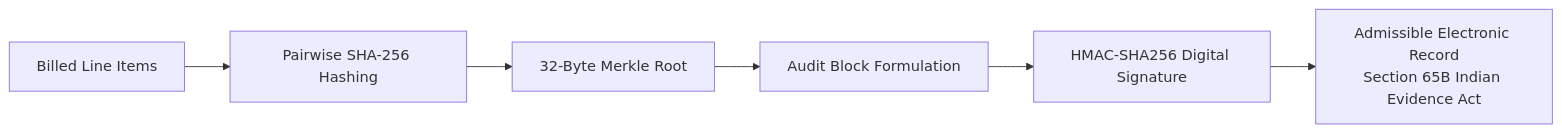
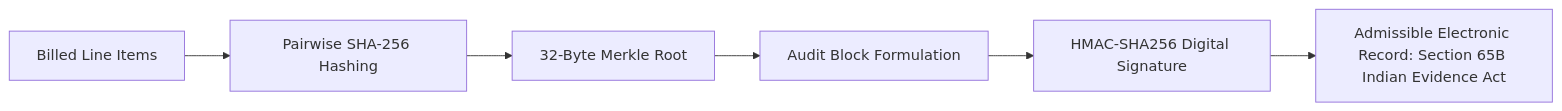
The third of 3 diagrams in docs/STATUTORY_FRAMEWORK.md (Harshil-18-byte/CuraVeris), drawn with Mermaid before and after one commit. The commit also changed other lines of this file, not shown here.

````diff
--- a/docs/STATUTORY_FRAMEWORK.md
+++ b/docs/STATUTORY_FRAMEWORK.md
@@ -132,9 +130,8 @@
 ```mermaid
 flowchart LR
-    A[Billed Line Items] --> B[Pairwise SHA-256 Hashing]
-    B --> C[32-Byte Merkle Root]
-    C --> D[Audit Block Formulation]
-    D --> E[HMAC-SHA256 Digital Signature]
-    E --> F[Admissible Electronic Record<br/>Section 65B Indian Evidence Act]
-
+  A[Billed Line Items] --> B[Pairwise SHA-256 Hashing]
+  B --> C[32-Byte Merkle Root]
+  C --> D[Audit Block Formulation]
+  D --> E[HMAC-SHA256 Digital Signature]
+  E --> F[Admissible Electronic Record: Section 65B Indian Evidence Act]
 ```
````
